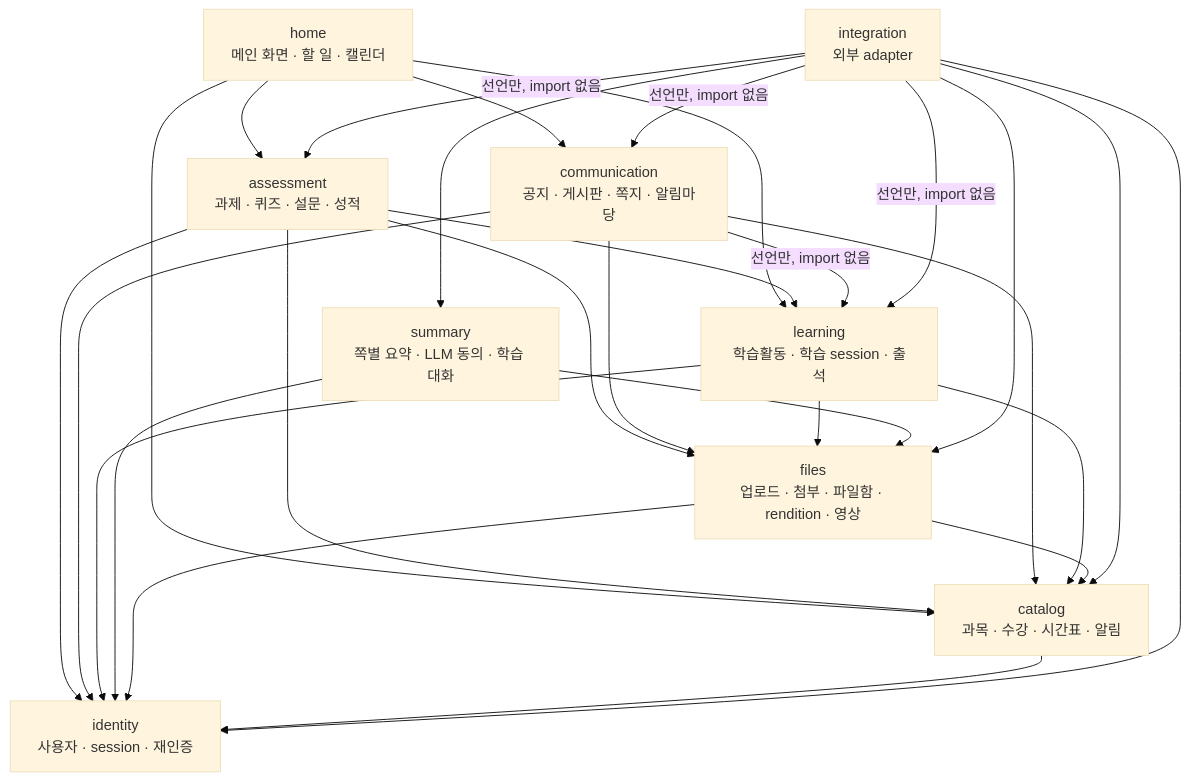
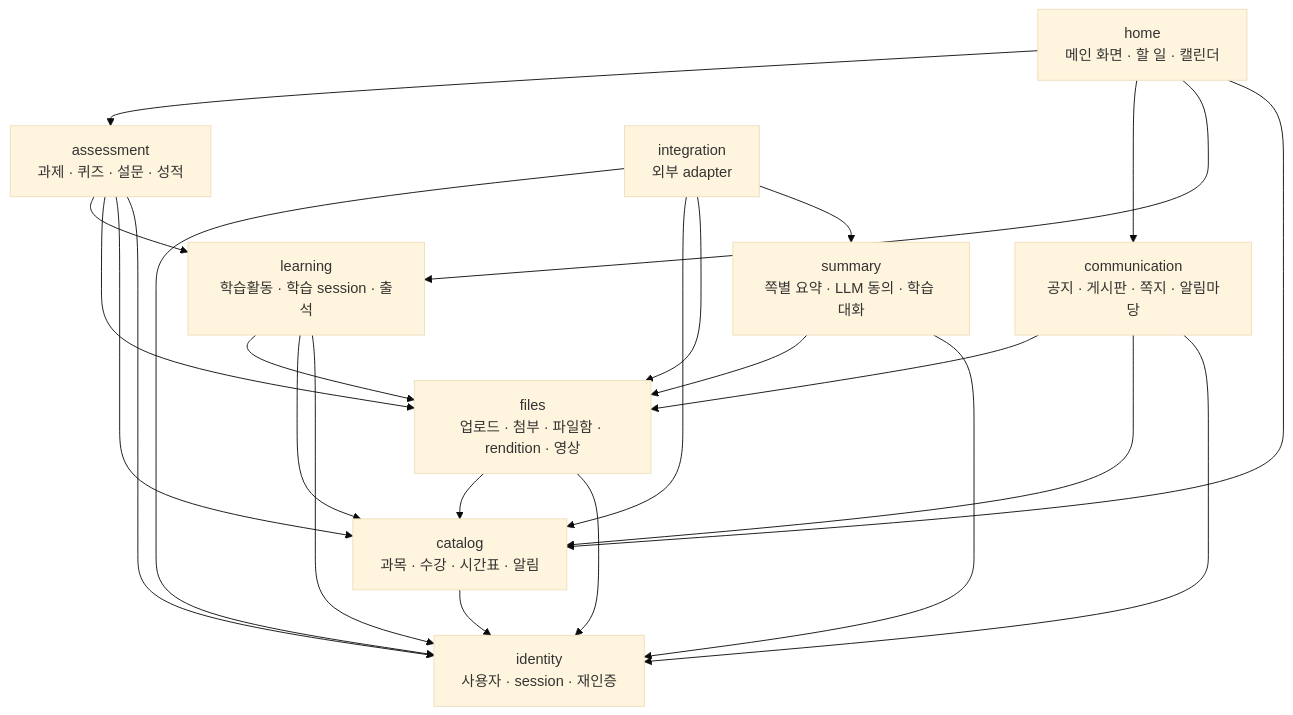
The fifth of 18 diagrams in backend/docs/c4.md (2026ENDPoinT/team13), drawn with Mermaid (base theme) before and after one commit. The commit also changed other lines of this file and 3 other files, not shown here.

````diff
--- a/backend/docs/c4.md
+++ b/backend/docs/c4.md
@@ -221,22 +221,20 @@
 ```mermaid
 flowchart TD
   HOME["home<br/>메인 화면 · 할 일 · 캘린더"]
   ASM["assessment<br/>과제 · 퀴즈 · 설문 · 성적"]
   COM["communication<br/>공지 · 게시판 · 쪽지 · 알림마당"]
   LRN["learning<br/>학습활동 · 학습 session · 출석"]
   SUM["summary<br/>쪽별 요약 · LLM 동의 · 학습 대화"]
   FIL["files<br/>업로드 · 첨부 · 파일함 · rendition · 영상"]
   CAT["catalog<br/>과목 · 수강 · 시간표 · 알림"]
   IDN["identity<br/>사용자 · session · 재인증"]
   INT["integration<br/>외부 adapter"]
   HOME --> ASM & COM & LRN & CAT
   ASM --> LRN & FIL & CAT & IDN
   COM --> FIL & CAT & IDN
-  COM -->|"선언만, import 없음"| LRN
   LRN --> FIL & CAT & IDN
   SUM --> FIL & IDN
   FIL --> CAT & IDN
   CAT --> IDN
   INT --> IDN & CAT & FIL & SUM
-  INT -->|"선언만, import 없음"| LRN & ASM & COM
 ```
````
